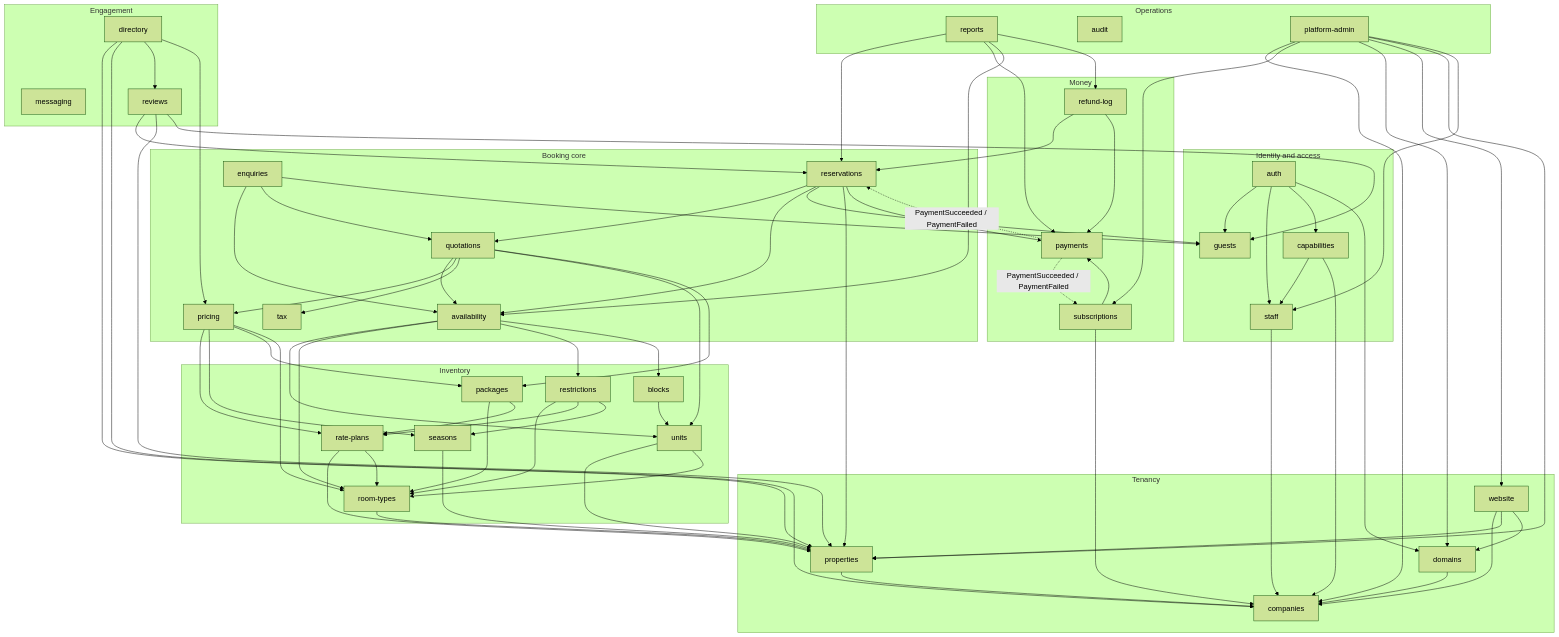
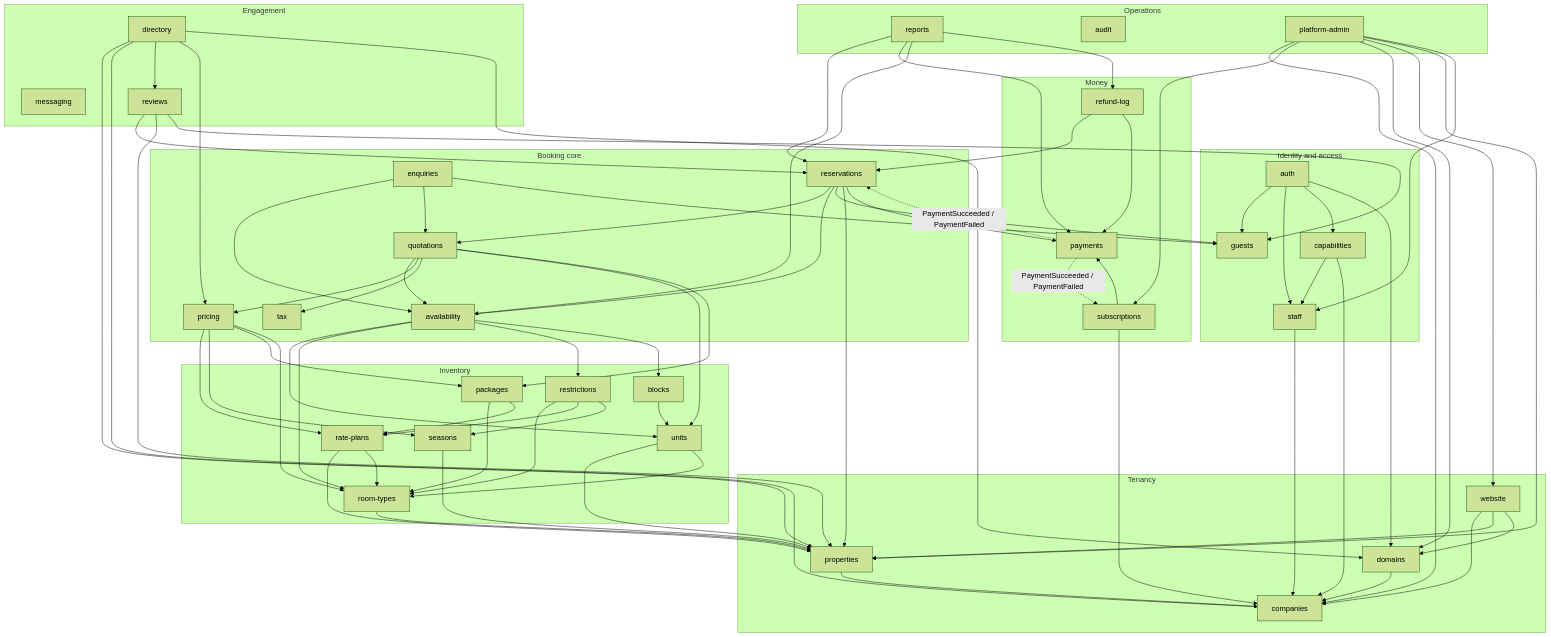
One commit to vertex-uom/sanchara changed the diagram in docs/backend-architecture.md. Above: the diagram before and after it, drawn with Mermaid (forest theme). The commit also changed other lines of this file and 13 other files, not shown here.

````diff
--- a/docs/backend-architecture.md
+++ b/docs/backend-architecture.md
@@ -22,54 +22,54 @@
 ```mermaid
 flowchart TB
   subgraph IA["Identity and access"]
     auth; guests; staff; capabilities
   end
   subgraph TN["Tenancy"]
     companies; properties; domains; website
   end
   subgraph INV["Inventory"]
     roomTypes["room-types"]; units; ratePlans["rate-plans"]; seasons; restrictions; blocks; packages
   end
   subgraph BC["Booking core"]
     availability; pricing; tax; quotations; reservations; enquiries
   end
   subgraph MN["Money"]
     payments; refundLog["refund-log"]; subscriptions
   end
   subgraph EN["Engagement"]
     messaging; reviews; directory
   end
   subgraph OP["Operations"]
     reports; audit; platformAdmin["platform-admin"]
   end
 
   auth --> guests & staff & capabilities & domains
   staff --> companies
   capabilities --> staff & companies
   properties --> companies
   domains --> companies
   website --> companies & properties & domains
 
   roomTypes --> properties
   units --> properties & roomTypes
   ratePlans --> properties & roomTypes
   seasons --> properties
   restrictions --> roomTypes & ratePlans & seasons
   blocks --> units
   packages --> roomTypes & ratePlans
 
   availability --> units & roomTypes & restrictions & blocks
   pricing --> ratePlans & seasons & packages & roomTypes
   quotations --> availability & pricing & tax & units & packages
   reservations --> quotations & availability & guests & properties & payments
   enquiries --> availability & quotations & guests
 
   refundLog --> reservations & payments
   subscriptions --> companies & payments
   payments -. "PaymentSucceeded / PaymentFailed" .-> reservations & subscriptions
 
   reviews --> reservations & properties & guests
-  directory --> properties & companies & reviews & pricing
+  directory --> properties & companies & reviews & pricing & domains
   reports --> reservations & payments & availability & refundLog
   platformAdmin --> companies & subscriptions & domains & website & properties & staff
 ```
````
